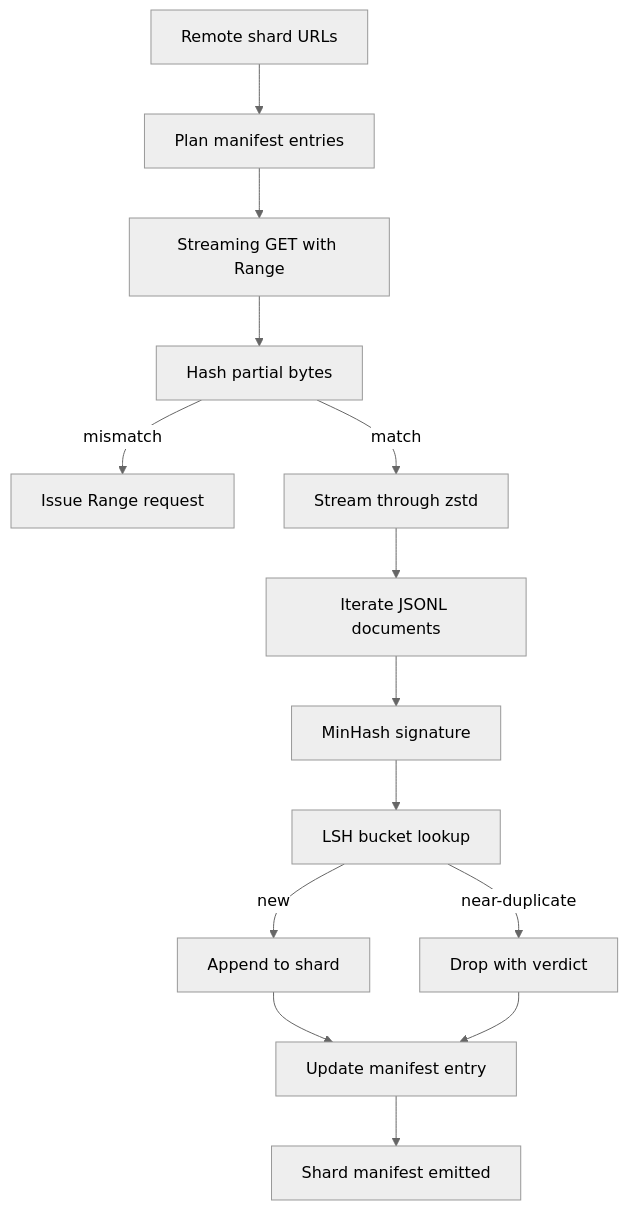
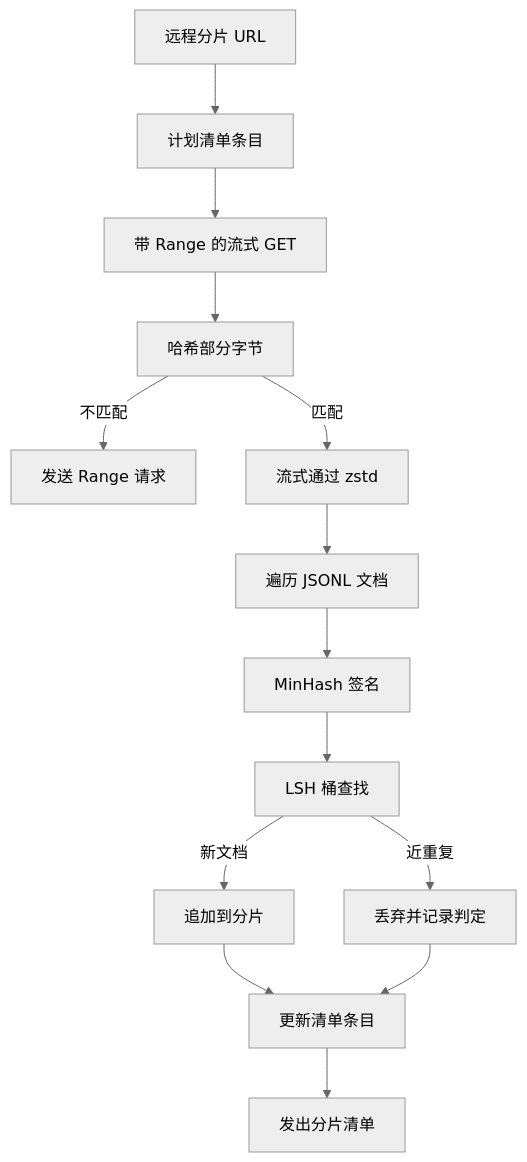
The diagram in lessons/19-capstone-projects/42-large-corpus-downloader/docs/zh.md (guangningsun/ailearning), drawn with Mermaid (neutral theme) before and after one commit. The commit also changed other lines of this file and 85 other files, not shown here.

````diff
--- a/lessons/19-capstone-projects/42-large-corpus-downloader/docs/zh.md
+++ b/lessons/19-capstone-projects/42-large-corpus-downloader/docs/zh.md
@@ -27,16 +27,16 @@
 ```mermaid
 flowchart TD
-  Source[Remote shard URLs] --> Plan[Plan manifest entries]
-  Plan --> Download[Streaming GET with Range]
-  Download --> Verify[Hash partial bytes]
-  Verify -->|mismatch| Resume[Issue Range request]
-  Verify -->|match| Decompress[Stream through zstd]
-  Decompress --> Iterate[Iterate JSONL documents]
-  Iterate --> Sig[MinHash signature]
-  Sig --> Bucket[LSH bucket lookup]
-  Bucket -->|new| Keep[Append to shard]
-  Bucket -->|near-duplicate| Drop[Drop with verdict]
-  Keep --> Manifest[Update manifest entry]
+  Source[远程分片 URL] --> Plan[计划清单条目]
+  Plan --> Download[带 Range 的流式 GET]
+  Download --> Verify[哈希部分字节]
+  Verify -->|不匹配| Resume[发送 Range 请求]
+  Verify -->|匹配| Decompress[流式通过 zstd]
+  Decompress --> Iterate[遍历 JSONL 文档]
+  Iterate --> Sig[MinHash 签名]
+  Sig --> Bucket[LSH 桶查找]
+  Bucket -->|新文档| Keep[追加到分片]
+  Bucket -->|近重复| Drop[丢弃并记录判定]
+  Keep --> Manifest[更新清单条目]
   Drop --> Manifest
-  Manifest --> Done[Shard manifest emitted]
+  Manifest --> Done[发出分片清单]
 ```
````
